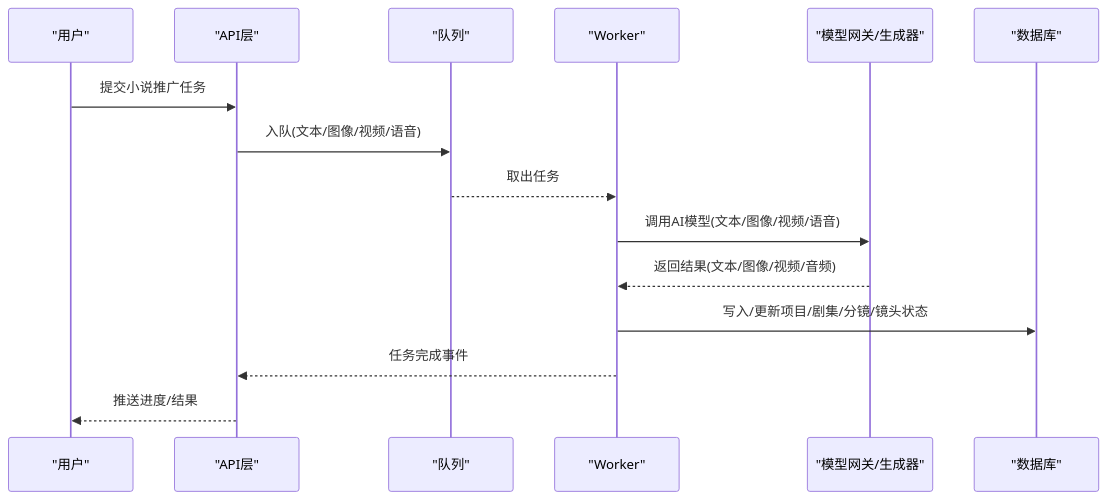
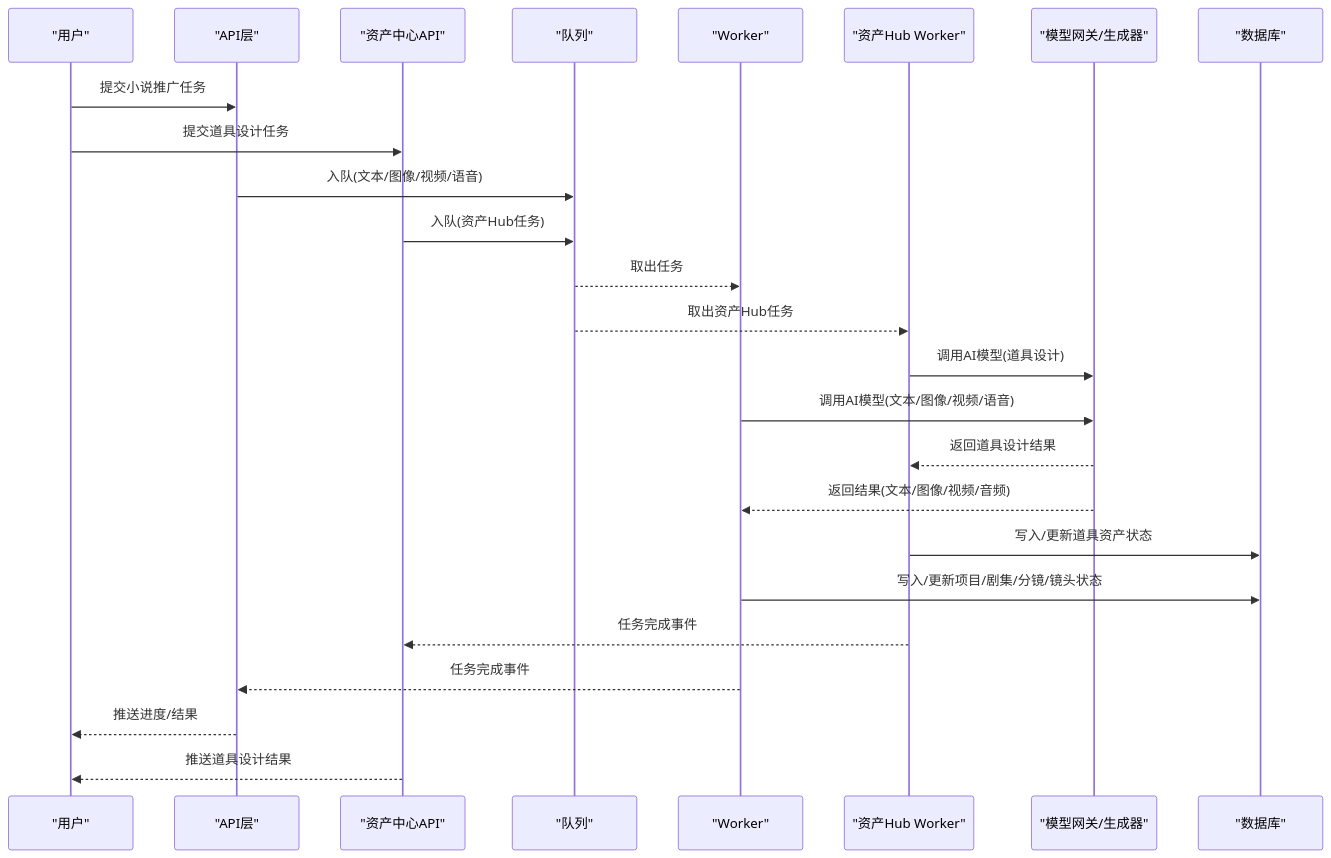
The second of 8 diagrams in .qoder/repowiki/zh/content/小说推广工作流/小说推广工作流.md (lyl2021/waoowaoo), drawn with Mermaid before and after one commit. The commit also changed other lines of this file and 43 other files, not shown here.

````diff
--- a/.qoder/repowiki/zh/content/小说推广工作流/小说推广工作流.md
+++ b/.qoder/repowiki/zh/content/小说推广工作流/小说推广工作流.md
@@ -128,17 +166,27 @@
 ```mermaid
 sequenceDiagram
 participant U as "用户"
 participant API as "API层"
+participant AH_API as "资产中心API"
 participant Q as "队列"
 participant W as "Worker"
+participant AH_W as "资产Hub Worker"
 participant M as "模型网关/生成器"
 participant DB as "数据库"
 U->>API : 提交小说推广任务
+U->>AH_API : 提交道具设计任务
 API->>Q : 入队(文本/图像/视频/语音)
+AH_API->>Q : 入队(资产Hub任务)
 Q-->>W : 取出任务
+Q-->>AH_W : 取出资产Hub任务
+AH_W->>M : 调用AI模型(道具设计)
 W->>M : 调用AI模型(文本/图像/视频/语音)
+M-->>AH_W : 返回道具设计结果
 M-->>W : 返回结果(文本/图像/视频/音频)
+AH_W->>DB : 写入/更新道具资产状态
 W->>DB : 写入/更新项目/剧集/分镜/镜头状态
+AH_W-->>AH_API : 任务完成事件
 W-->>API : 任务完成事件
 API-->>U : 推送进度/结果
+AH_API-->>U : 推送道具设计结果
 ```
````
